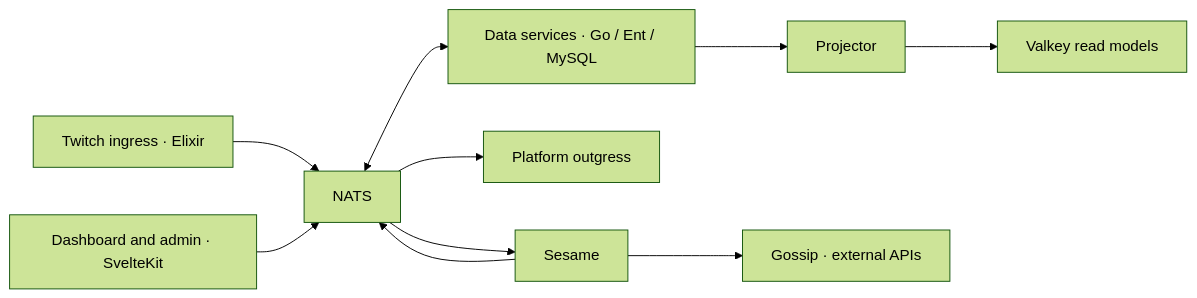
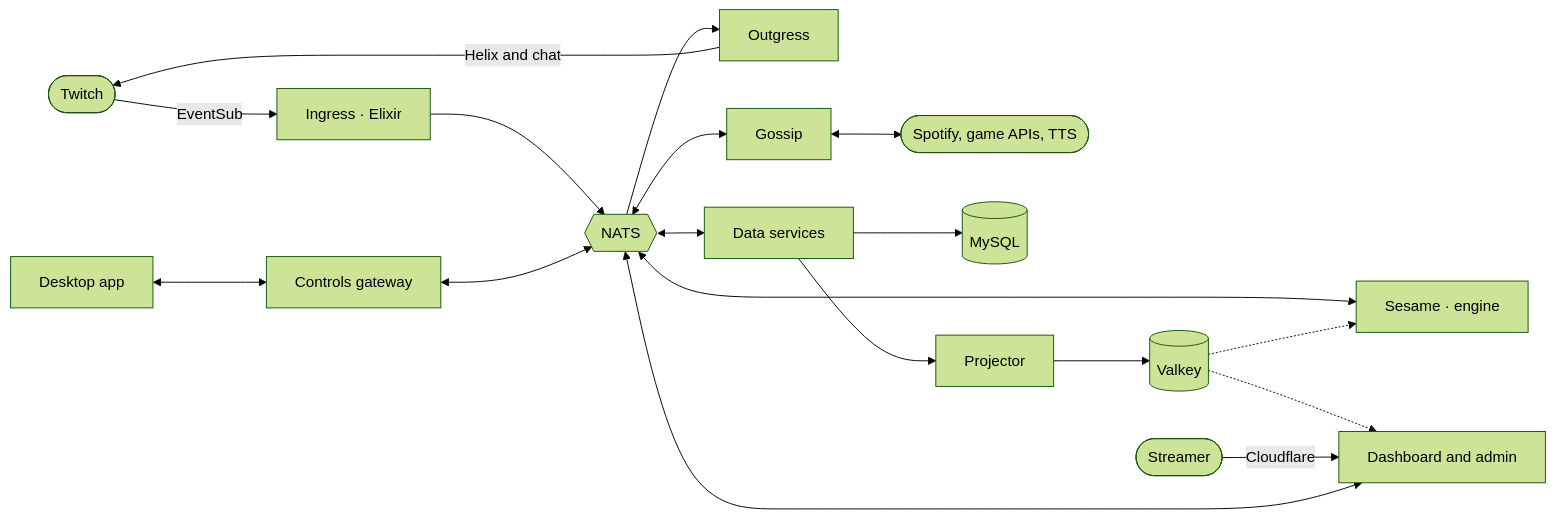
Before and after one commit to AdamOusmer/ItsBagelBot: the diagram in README.md, drawn with Mermaid (forest theme). The commit also changed other lines of this file, not shown here.

````diff
--- a/README.md
+++ b/README.md
@@ -25,12 +122,15 @@
 ```mermaid
 flowchart LR
-    Twitch["Twitch ingress · Elixir"] --> Bus["NATS"]
-    Bus --> Engines["Sesame"]
-    Engines --> Bus
-    Bus --> Outgress["Platform outgress"]
-    Web["Dashboard and admin · SvelteKit"] --> Bus
-    Bus <--> Owners["Data services · Go / Ent / MySQL"]
-    Owners --> Projector["Projector"]
-    Projector --> State["Valkey read models"]
-    Engines --> Gossip["Gossip · external APIs"]
+    TW(["Twitch"]) -- EventSub --> IN["Ingress · Elixir"]
+    IN --> NATS{{"NATS"}}
+    NATS <--> SES["Sesame · engine"]
+    NATS --> OUT["Outgress"] -- Helix and chat --> TW
+    NATS <--> GOS["Gossip"] <--> EXT(["Spotify, game APIs, TTS"])
+    NATS <--> DB["Data services"] --> MY[("MySQL")]
+    DB --> PROJ["Projector"] --> VK[("Valkey")]
+    VK -.-> SES
+    VK -.-> WEB
+    WEB["Dashboard and admin"] <--> NATS
+    DESK["Desktop app"] <--> CTRL["Controls gateway"] <--> NATS
+    STR(["Streamer"]) -- Cloudflare --> WEB
 ```
````
